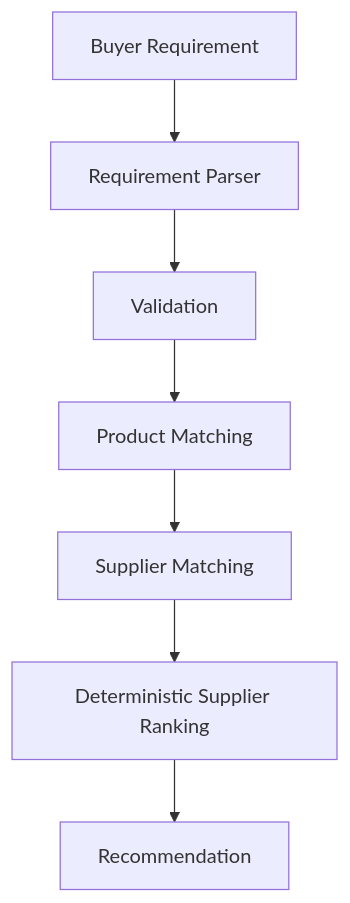
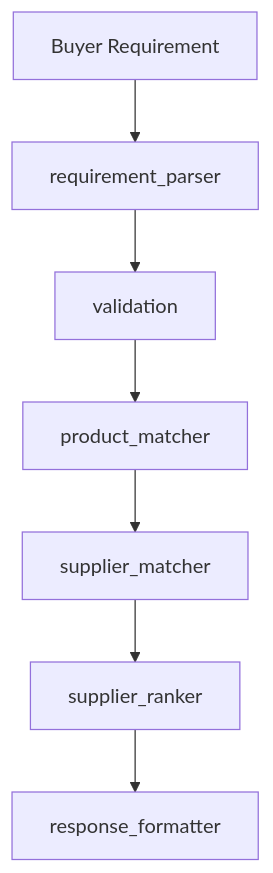
One commit to pankaj29-noi/MarketMind-AI changed the second of 2 diagrams in README.md. Above: the diagram before and after it, drawn with Mermaid. The commit also changed other lines of this file and 5 other files, not shown here.

````diff
--- a/README.md
+++ b/README.md
@@ -65,9 +71,9 @@
 ```mermaid
 flowchart TD
-    R[Buyer Requirement] --> P[Requirement Parser]
-    P --> V[Validation]
-    V --> PM[Product Matching]
-    PM --> SM[Supplier Matching]
-    SM --> Rank[Deterministic Supplier Ranking]
-    Rank --> Rec[Recommendation]
+    R[Buyer Requirement] --> P[requirement_parser]
+    P --> V[validation]
+    V --> PM[product_matcher]
+    PM --> SM[supplier_matcher]
+    SM --> Rank[supplier_ranker]
+    Rank --> Rec[response_formatter]
 ```
````
